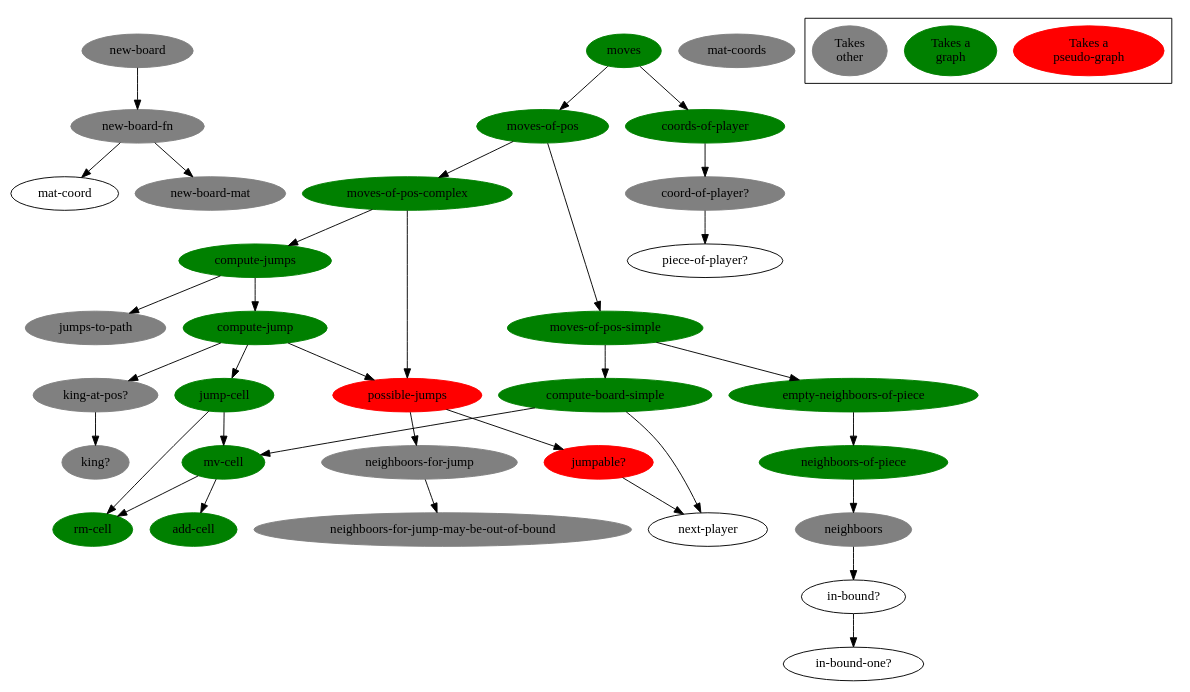
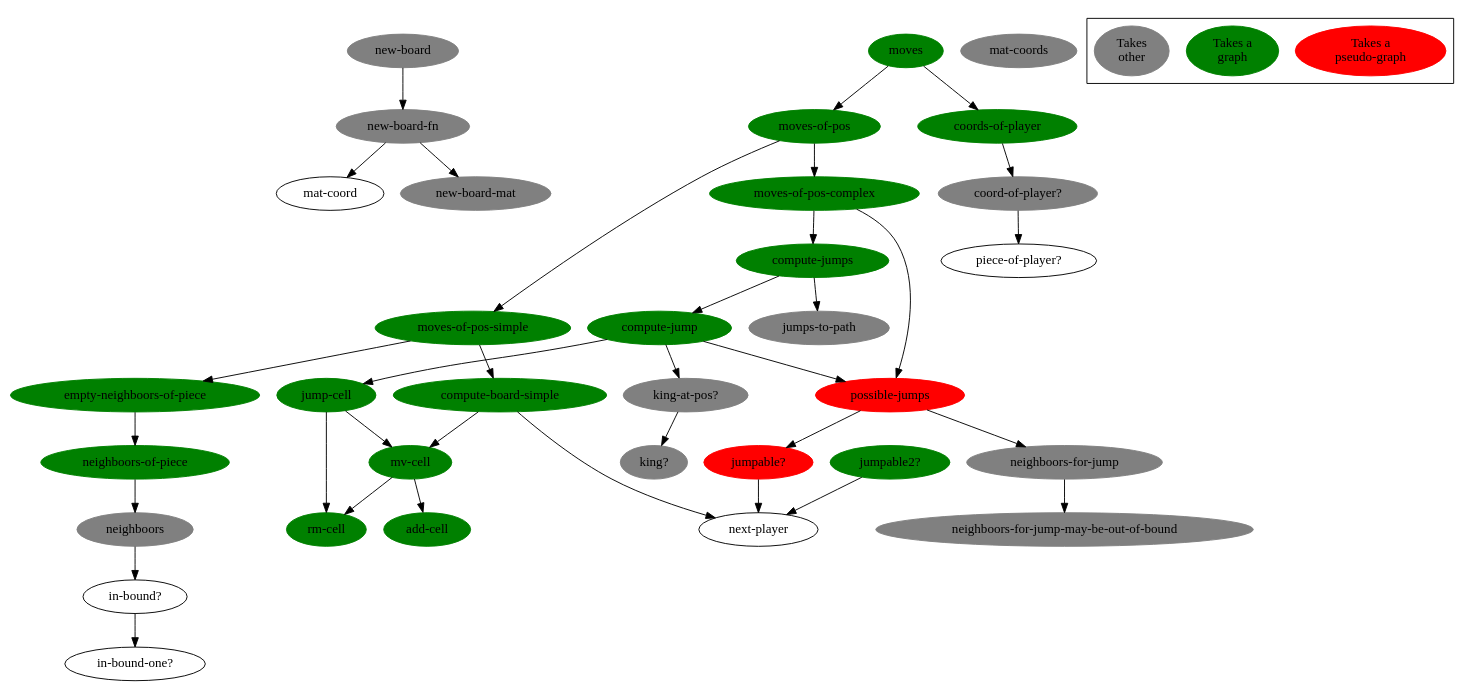
Before and after one commit to denlab/clojure-plays-checkers: the diagram in doc/function-graph-detailled.dot, drawn with Graphviz.

Commit message:
refacto-in-progress: doc fix: added jumpable2?

```diff
--- a/doc/function-graph-detailled.dot
+++ b/doc/function-graph-detailled.dot
@@ -1,113 +1,115 @@
 digraph funtions {
 
 /******************************************************************************
  *                         edges                                              *         
  ******************************************************************************/
 
         "new-board-fn" -> "mat-coord";
         "new-board-fn" -> "new-board-mat";
         
         "new-board" -> "new-board-fn";
 
         "in-bound?" -> "in-bound-one?";
 
         "neighboors" -> "in-bound?";
 
         "neighboors-of-piece" -> "neighboors";
 
         "empty-neighboors-of-piece" -> "neighboors-of-piece";
 
         "mv-cell" -> "rm-cell";
         "mv-cell" -> "add-cell";
 
         "compute-board-simple" -> "mv-cell";
         "compute-board-simple" -> "next-player";
 
         "moves-of-pos-simple" -> "compute-board-simple";
         "moves-of-pos-simple" ->  "empty-neighboors-of-piece";
         
         "neighboors-for-jump" -> "neighboors-for-jump-may-be-out-of-bound";
 
         "jumpable?" -> "next-player";
+        "jumpable2?" -> "next-player";
 
         "possible-jumps" -> "jumpable?";
         "possible-jumps" -> "neighboors-for-jump";
 
         "jump-cell" -> "rm-cell";
         "jump-cell" -> "mv-cell";
 
         "king-at-pos?" -> "king?";
 
         "compute-jump" -> "jump-cell";
         "compute-jump" -> "possible-jumps";
         "compute-jump" -> "king-at-pos?";
 
         "compute-jumps" -> "compute-jump";
         "compute-jumps" -> "jumps-to-path";
 
         "moves-of-pos-complex" -> "compute-jumps";
         "moves-of-pos-complex" -> "possible-jumps";
 
         "moves-of-pos" -> "moves-of-pos-simple";
         "moves-of-pos" -> "moves-of-pos-complex";
 
         "coord-of-player?" -> "piece-of-player?";
 
         "coords-of-player" -> "coord-of-player?";
 
         "moves" -> "moves-of-pos";
         "moves" -> "coords-of-player";
 
 /******************************************************************************
  *                         nodes                                              *         
  ******************************************************************************/
 
         "moves"[bgcolor=green color=green style=filled];
         "coords-of-player"[bgcolor=green color=green style=filled];
         "moves-of-pos"[bgcolor=green color=green style=filled];
         "moves-of-pos-complex"[bgcolor=green color=green style=filled];
         "moves-of-pos-simple"[bgcolor=green color=green style=filled];
         "compute-board-simple"[bgcolor=green color=green style=filled];
         "mv-cell"[bgcolor=green color=green style=filled];
         "add-cell"[bgcolor=green color=green style=filled];
         "rm-cell"[bgcolor=green color=green style=filled];
         "empty-neighboors-of-piece"[bgcolor=green color=green style=filled];
         "neighboors-of-piece"[bgcolor=green color=green style=filled];
 
         "compute-jump"[bgcolor=green color=green style=filled];
 
         "jump-cell"[bgcolor=green color=green style=filled];
         "possible-jumps"[bgcolor=red color=red style=filled];
         "jumpable?"[bgcolor=red color=red style=filled];
+        "jumpable2?"[bgcolor=green color=green style=filled];
 
         "coord-of-player?"[bgcolor=grey color=grey style=filled];
         "jumps-to-path"[bgcolor=grey color=grey style=filled];
         "king-at-pos?"[bgcolor=grey color=grey style=filled];
         "king?"[bgcolor=grey color=grey style=filled];
         "neighboors-for-jump"[bgcolor=grey color=grey style=filled];
         "neighboors-for-jump-may-be-out-of-bound"[bgcolor=grey color=grey style=filled];
         "neighboors"[bgcolor=grey color=grey style=filled];
         "new-board"[bgcolor=grey color=grey style=filled];
         "new-board-fn"[bgcolor=grey color=grey style=filled];
         "new-board-mat"[bgcolor=grey color=grey style=filled];
         "mat-coords"[bgcolor=grey color=grey style=filled];
 
 
         "compute-jumps"[bgcolor=green color=green style=filled];
 
 /******************************************************************************
  *                         legend                                             *         
  ******************************************************************************/
 
         "Takes a\npseudo-graph"[bgcolor=red color=red style=filled];
         "Takes a\ngraph"[bgcolor=green color=green style=filled];
 //        "Takes\nother"[bgcolor="#94003f" color="#94003f" style=filled];
         "Takes\nother"[bgcolor=grey color=grey style=filled];
 
         subgraph "cluster-legend" {
                 "Takes a\npseudo-graph";
                 "Takes a\ngraph";
                 "Takes\nother";
         }
 
 }
```
